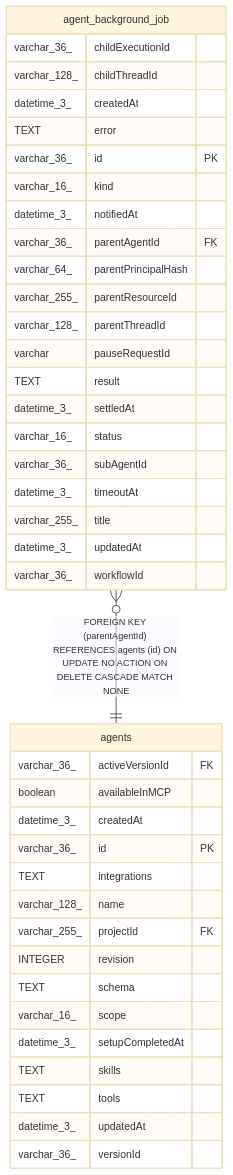
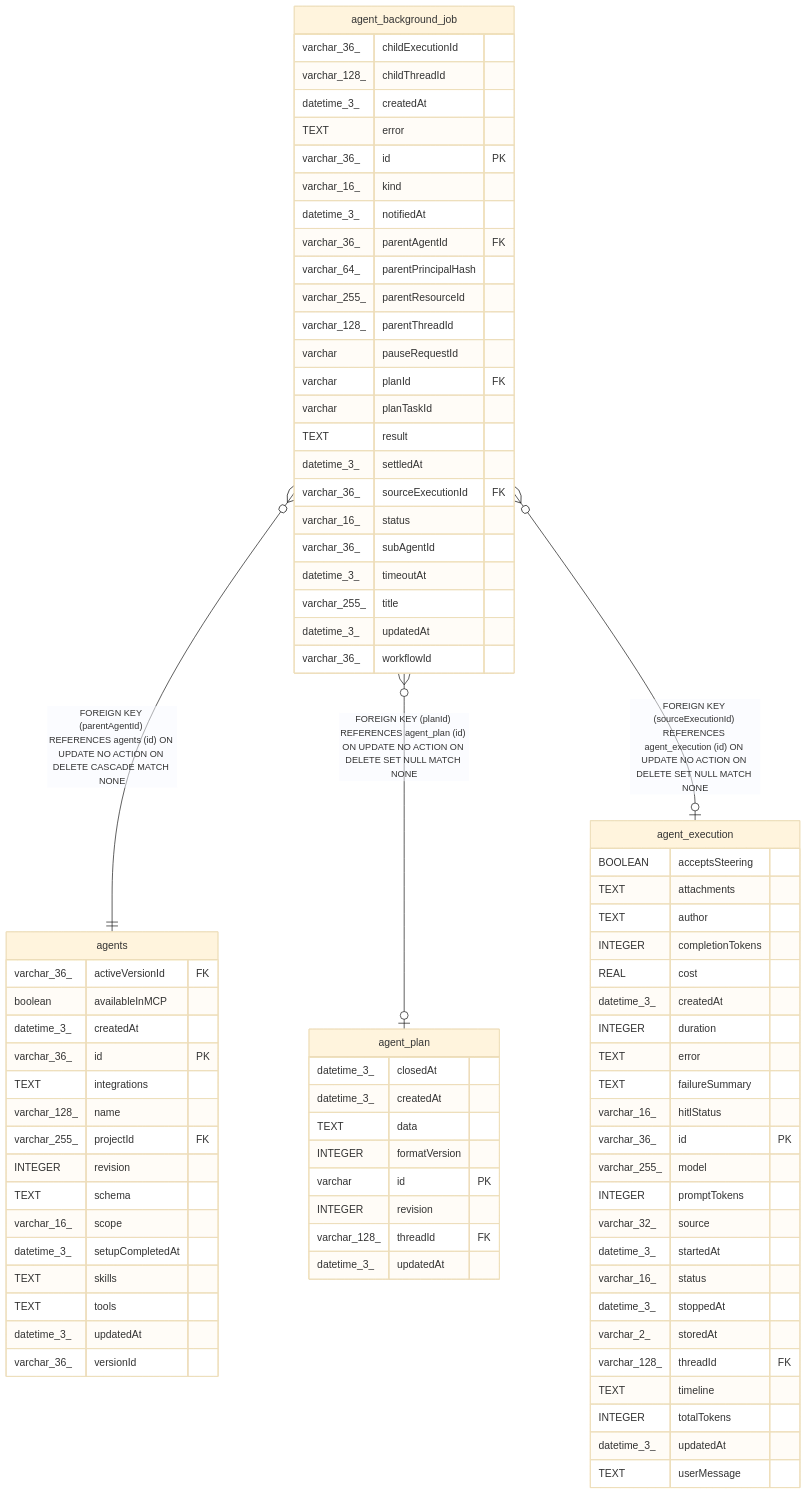
The diagram in docs/generated/sqlite-schema/agent_background_job.md (ATAC-tounde/n8n-private), drawn with Mermaid (base theme) before and after one commit. The commit also changed other lines of this file and 34 other files, not shown here.

Commit message:
feat(core): Add persistence for Agent plan stops and job ownership (no-changelog)

````diff
--- a/docs/generated/sqlite-schema/agent_background_job.md
+++ b/docs/generated/sqlite-schema/agent_background_job.md
@@ -64,6 +71,8 @@
 erDiagram
 
 "agent_background_job" }o--|| "agents" : "FOREIGN KEY (parentAgentId) REFERENCES agents (id) ON UPDATE NO ACTION ON DELETE CASCADE MATCH NONE"
+"agent_background_job" }o--o| "agent_plan" : "FOREIGN KEY (planId) REFERENCES agent_plan (id) ON UPDATE NO ACTION ON DELETE SET NULL MATCH NONE"
+"agent_background_job" }o--o| "agent_execution" : "FOREIGN KEY (sourceExecutionId) REFERENCES agent_execution (id) ON UPDATE NO ACTION ON DELETE SET NULL MATCH NONE"
 
 "agent_background_job" {
   varchar_36_ childExecutionId
@@ -78,8 +87,11 @@
   varchar_255_ parentResourceId
   varchar_128_ parentThreadId
   varchar pauseRequestId
+  varchar planId FK
+  varchar planTaskId
   TEXT result
   datetime_3_ settledAt
+  varchar_36_ sourceExecutionId FK
   varchar_16_ status
   varchar_36_ subAgentId
   datetime_3_ timeoutAt
@@ -104,4 +116,39 @@
   datetime_3_ updatedAt
   varchar_36_ versionId
 }
+"agent_plan" {
+  datetime_3_ closedAt
+  datetime_3_ createdAt
+  TEXT data
+  INTEGER formatVersion
+  varchar id PK
+  INTEGER revision
+  varchar_128_ threadId FK
+  datetime_3_ updatedAt
+}
+"agent_execution" {
+  BOOLEAN acceptsSteering
+  TEXT attachments
+  TEXT author
+  INTEGER completionTokens
+  REAL cost
+  datetime_3_ createdAt
+  INTEGER duration
+  TEXT error
+  TEXT failureSummary
+  varchar_16_ hitlStatus
+  varchar_36_ id PK
+  varchar_255_ model
+  INTEGER promptTokens
+  varchar_32_ source
+  datetime_3_ startedAt
+  varchar_16_ status
+  datetime_3_ stoppedAt
+  varchar_2_ storedAt
+  varchar_128_ threadId FK
+  TEXT timeline
+  INTEGER totalTokens
+  datetime_3_ updatedAt
+  TEXT userMessage
+}
 ```
````
